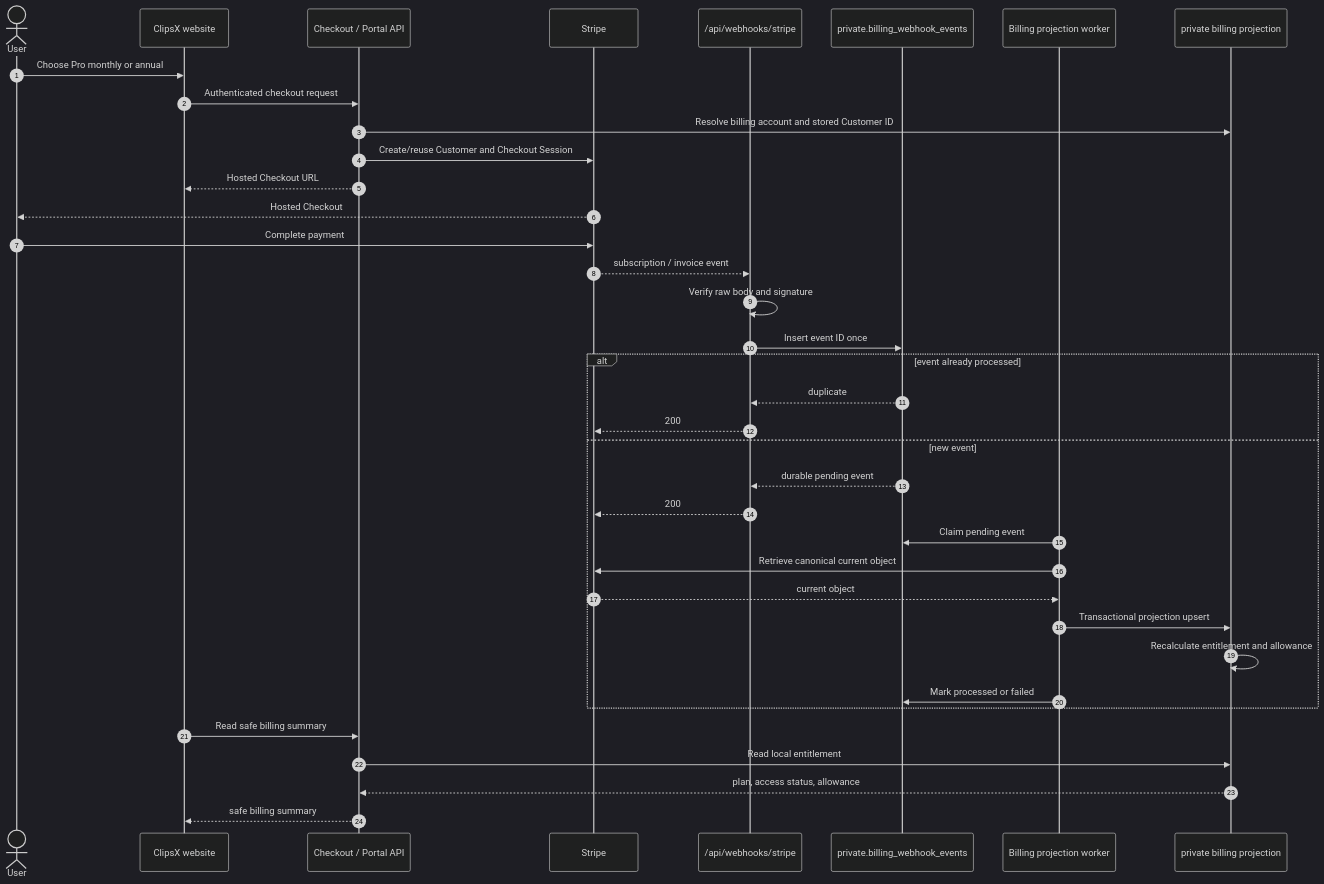
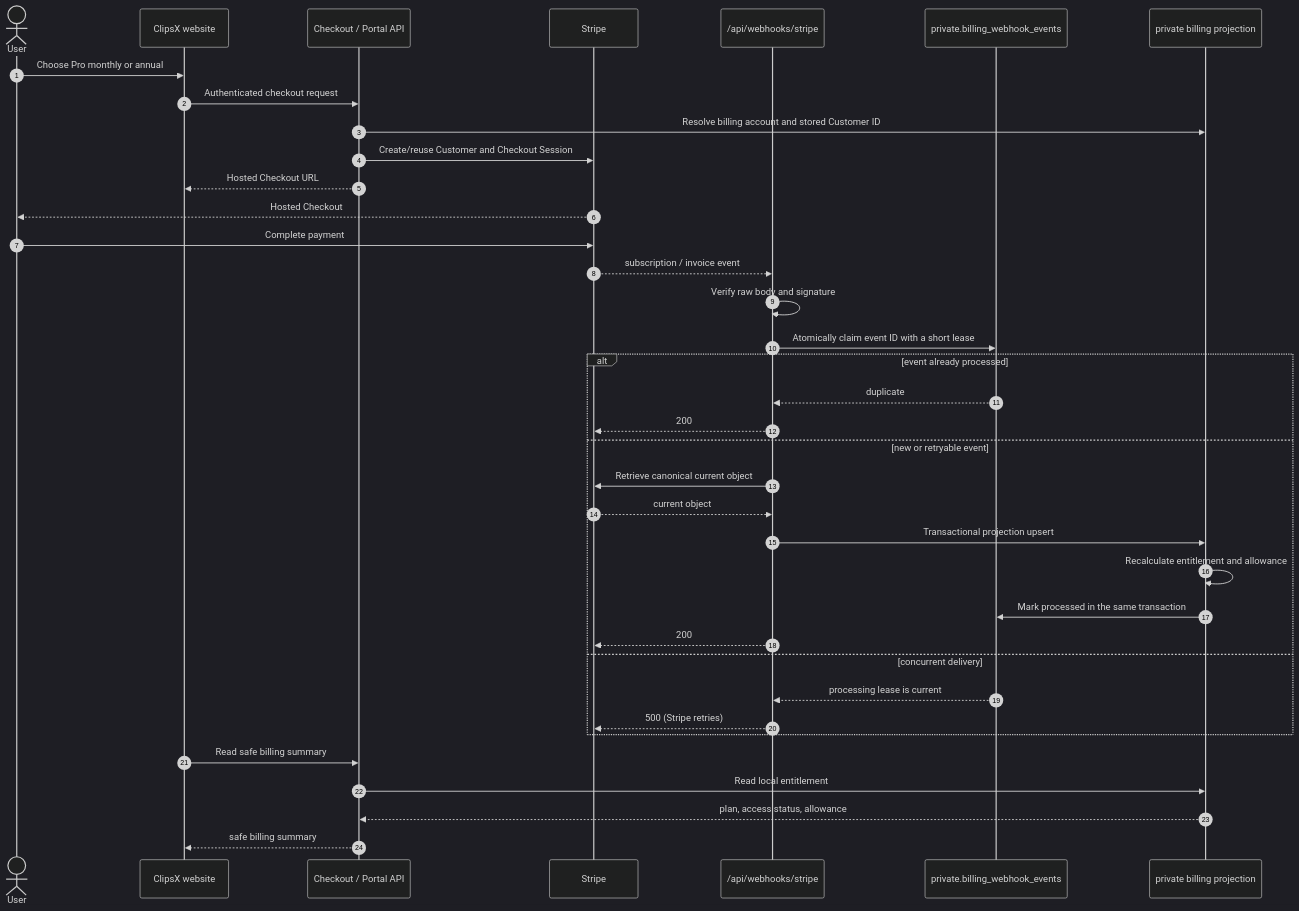
One commit to azure06/clipsx-web changed the second of 4 diagrams in docs/backend/architecture.md. Above: the diagram before and after it, drawn with Mermaid (dark theme). The commit also changed other lines of this file and 17 other files, not shown here.

Commit message:
feat(billing): process Stripe webhooks transactionally

````diff
--- a/docs/backend/architecture.md
+++ b/docs/backend/architecture.md
@@ -36,40 +35,40 @@
 ```mermaid
 sequenceDiagram
   autonumber
   actor User
   participant App as ClipsX website
   participant Checkout as Checkout / Portal API
   participant Stripe
   participant Hook as /api/webhooks/stripe
   participant Inbox as private.billing_webhook_events
-  participant Worker as Billing projection worker
   participant Billing as private billing projection
 
   User->>App: Choose Pro monthly or annual
   App->>Checkout: Authenticated checkout request
   Checkout->>Billing: Resolve billing account and stored Customer ID
   Checkout->>Stripe: Create/reuse Customer and Checkout Session
   Checkout-->>App: Hosted Checkout URL
   Stripe-->>User: Hosted Checkout
   User->>Stripe: Complete payment
   Stripe-->>Hook: subscription / invoice event
   Hook->>Hook: Verify raw body and signature
-  Hook->>Inbox: Insert event ID once
+  Hook->>Inbox: Atomically claim event ID with a short lease
   alt event already processed
     Inbox-->>Hook: duplicate
     Hook-->>Stripe: 200
-  else new event
-    Inbox-->>Hook: durable pending event
+  else new or retryable event
+    Hook->>Stripe: Retrieve canonical current object
+    Stripe-->>Hook: current object
+    Hook->>Billing: Transactional projection upsert
+    Billing->>Billing: Recalculate entitlement and allowance
+    Billing->>Inbox: Mark processed in the same transaction
     Hook-->>Stripe: 200
-    Worker->>Inbox: Claim pending event
-    Worker->>Stripe: Retrieve canonical current object
-    Stripe-->>Worker: current object
-    Worker->>Billing: Transactional projection upsert
-    Billing->>Billing: Recalculate entitlement and allowance
-    Worker->>Inbox: Mark processed or failed
+  else concurrent delivery
+    Inbox-->>Hook: processing lease is current
+    Hook-->>Stripe: 500 (Stripe retries)
   end
   App->>Checkout: Read safe billing summary
   Checkout->>Billing: Read local entitlement
   Billing-->>Checkout: plan, access status, allowance
   Checkout-->>App: safe billing summary
 ```
````
